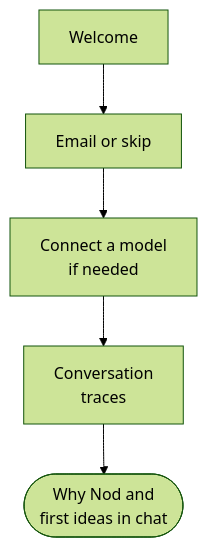
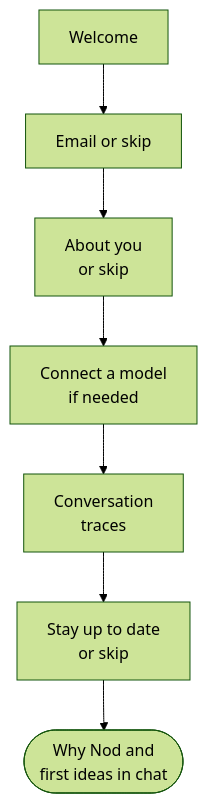
The diagram in docs/src/content/docs/get-started/first-conversation.mdx (n8n-io/nod), drawn with Mermaid (forest theme) before and after one commit. The commit also changed other lines of this file and 31 other files, not shown here.

First line of the commit message:
feat(onboarding): add About you and Join us steps

````diff
--- a/docs/src/content/docs/get-started/first-conversation.mdx
+++ b/docs/src/content/docs/get-started/first-conversation.mdx
@@ -18,7 +18,9 @@
 ```mermaid
 flowchart TD
   start[Welcome] --> email[Email or skip]:::muted
-  email --> model[Connect a model<br/>if needed]:::accent
+  email --> about[About you<br/>or skip]:::muted
+  about --> model[Connect a model<br/>if needed]:::accent
   model --> privacy[Conversation<br/>traces]:::muted
-  privacy --> chat([Why Nod and<br/>first ideas in chat]):::go
+  privacy --> join[Stay up to date<br/>or skip]:::muted
+  join --> chat([Why Nod and<br/>first ideas in chat]):::go
 ```
````
